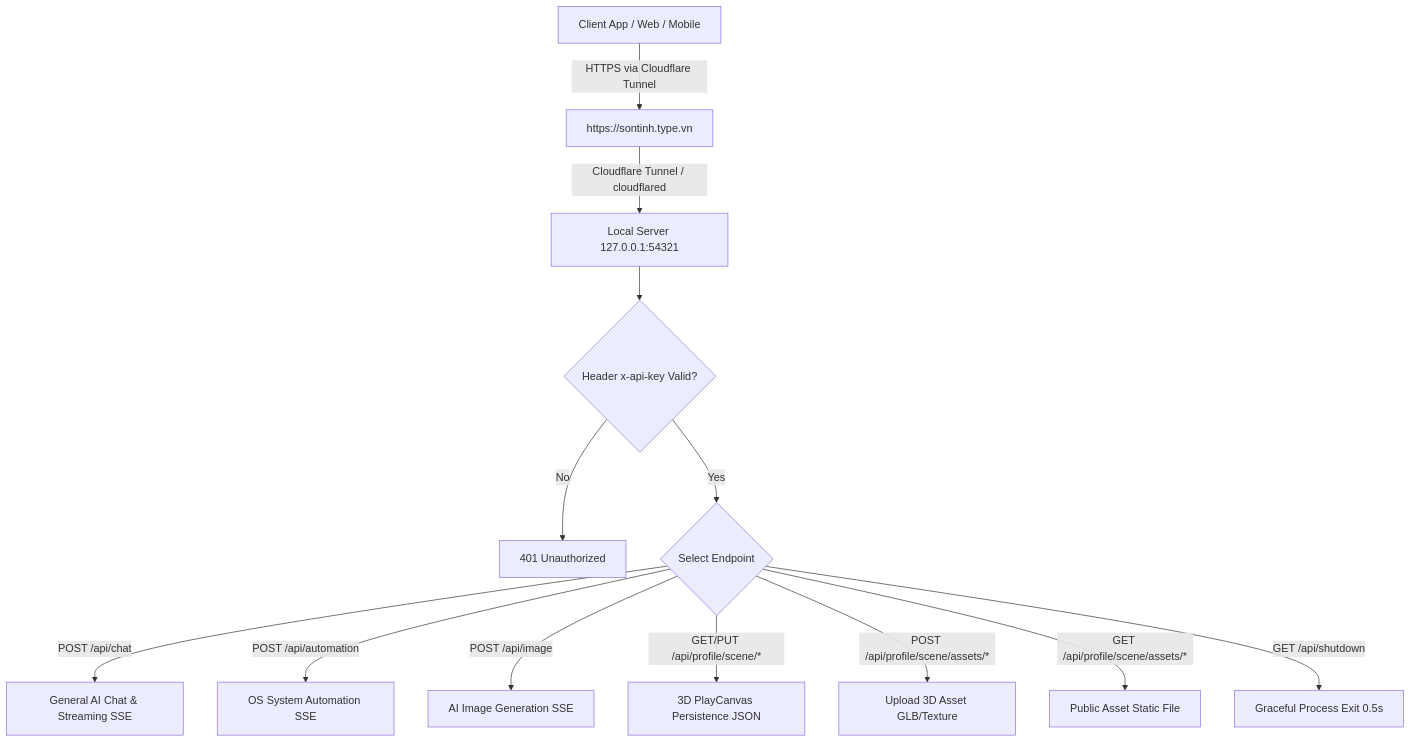
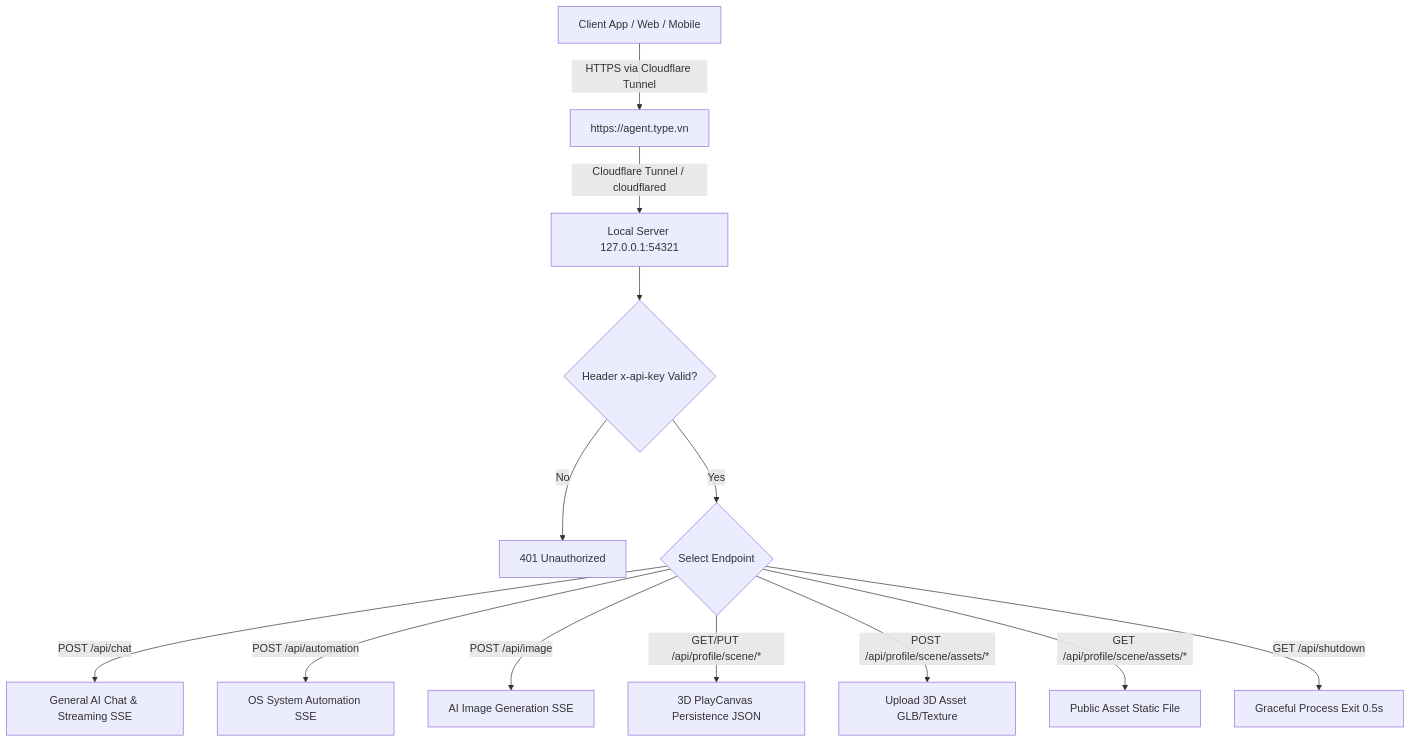
One commit to bienso629/ai.type.agent changed the diagram in plugins/sontinh/ai_agent_linux_rules.md. Above: the diagram before and after it, drawn with Mermaid. The commit also changed other lines of this file and 35 other files, not shown here.

````diff
--- a/plugins/sontinh/ai_agent_linux_rules.md
+++ b/plugins/sontinh/ai_agent_linux_rules.md
@@ -95,17 +95,17 @@
 ```mermaid
 graph TD
-    Client[Client App / Web / Mobile] -->|HTTPS via Cloudflare Tunnel| Domain[https://sontinh.type.vn]
+    Client[Client App / Web / Mobile] -->|HTTPS via Cloudflare Tunnel| Domain[https://agent.type.vn]
     Domain -->|Cloudflare Tunnel / cloudflared| LocalServer[Local Server 127.0.0.1:54321]
     LocalServer --> AuthCheck{Header x-api-key Valid?}
     
     AuthCheck -- No --> R401[401 Unauthorized]
     AuthCheck -- Yes --> Route{Select Endpoint}
     
     Route -->|POST /api/chat| Chat[General AI Chat & Streaming SSE]
     Route -->|POST /api/automation| Auto[OS System Automation SSE]
     Route -->|POST /api/image| ImageEp[AI Image Generation SSE]
     Route -->|GET/PUT /api/profile/scene/*| Profile[3D PlayCanvas Persistence JSON]
     Route -->|POST /api/profile/scene/assets/*| AssetUp[Upload 3D Asset GLB/Texture]
     Route -->|GET /api/profile/scene/assets/*| AssetGet[Public Asset Static File]
     Route -->|GET /api/shutdown| Shutdown[Graceful Process Exit 0.5s]
 ```
````
